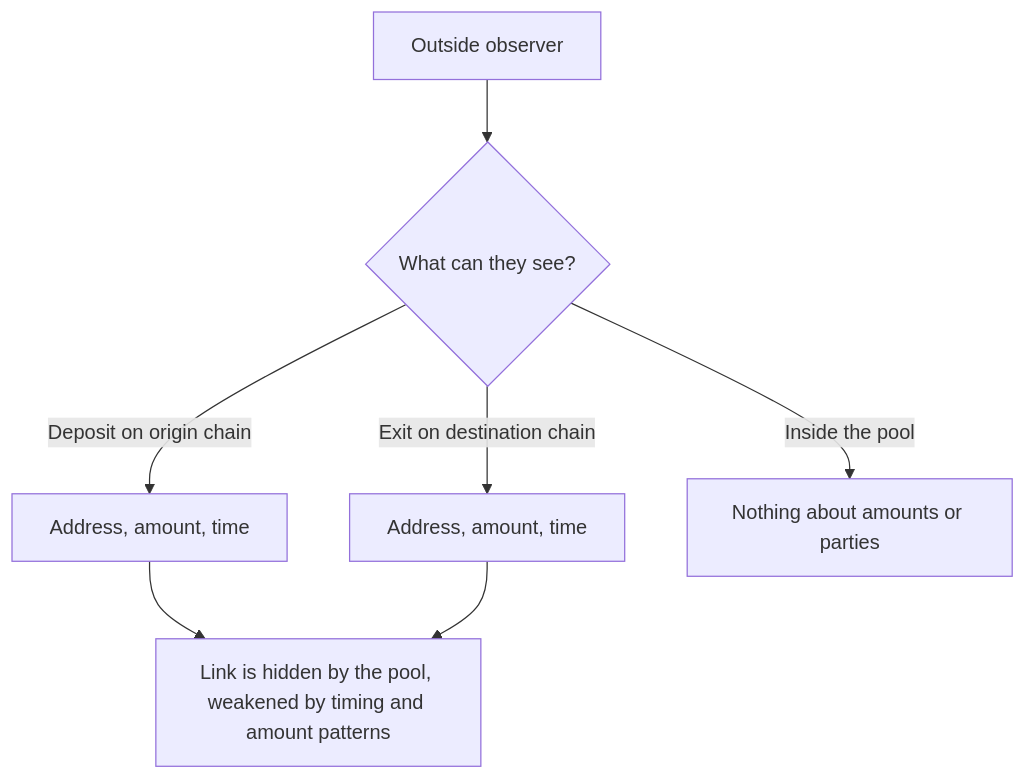
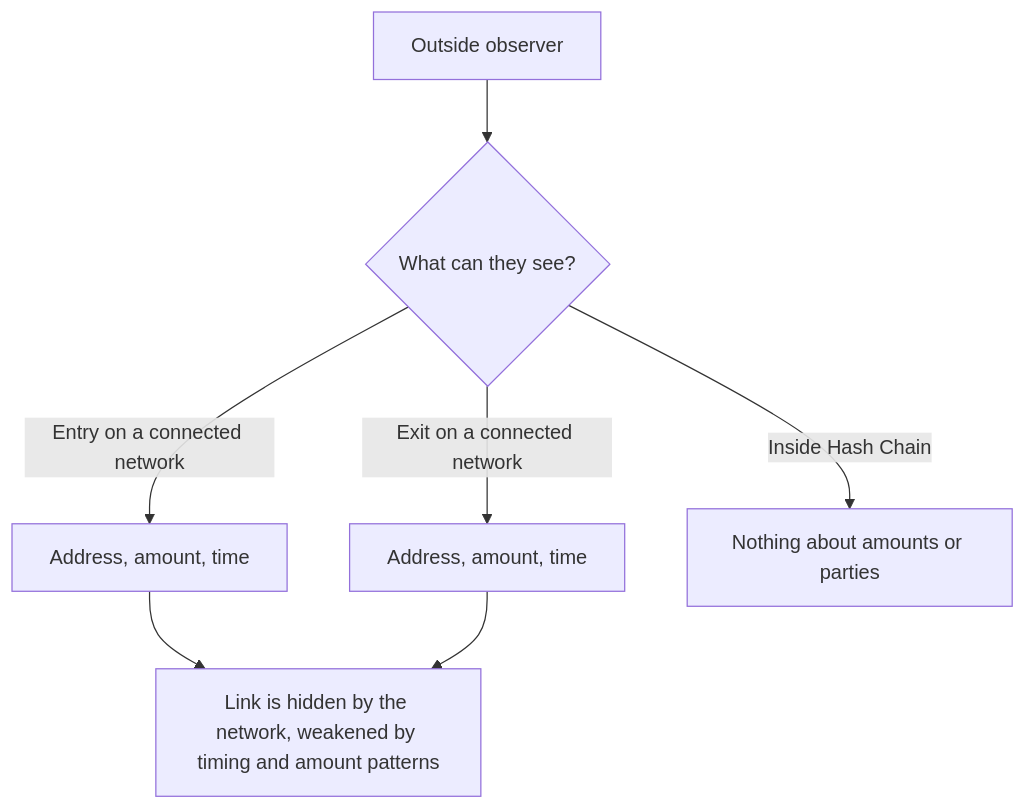
One commit to HashChainL0/protocol-spec changed the diagram in docs/09-security-and-trust.md. Above: the diagram before and after it, drawn with Mermaid. The commit also changed other lines of this file and 27 other files, not shown here.

````diff
--- a/docs/09-security-and-trust.md
+++ b/docs/09-security-and-trust.md
@@ -38,9 +59,9 @@
 ```mermaid
 flowchart TD
     A["Outside observer"] --> B{"What can they see?"}
-    B -->|"Deposit on origin chain"| C["Address, amount, time"]
-    B -->|"Exit on destination chain"| D["Address, amount, time"]
-    B -->|"Inside the pool"| E["Nothing about amounts or parties"]
-    C --> F["Link is hidden by the pool, weakened by timing and amount patterns"]
+    B -->|"Entry on a connected network"| C["Address, amount, time"]
+    B -->|"Exit on a connected network"| D["Address, amount, time"]
+    B -->|"Inside Hash Chain"| E["Nothing about amounts or parties"]
+    C --> F["Link is hidden by the network, weakened by timing and amount patterns"]
     D --> F
 ```
````
